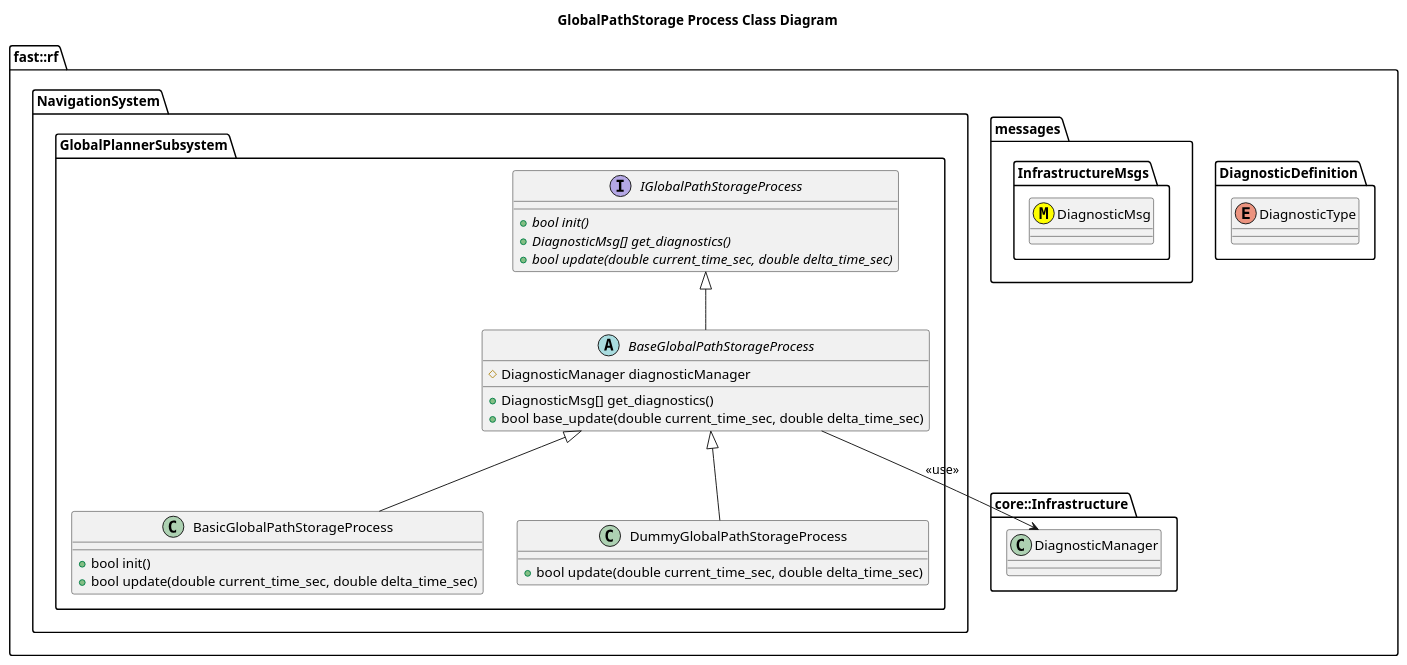
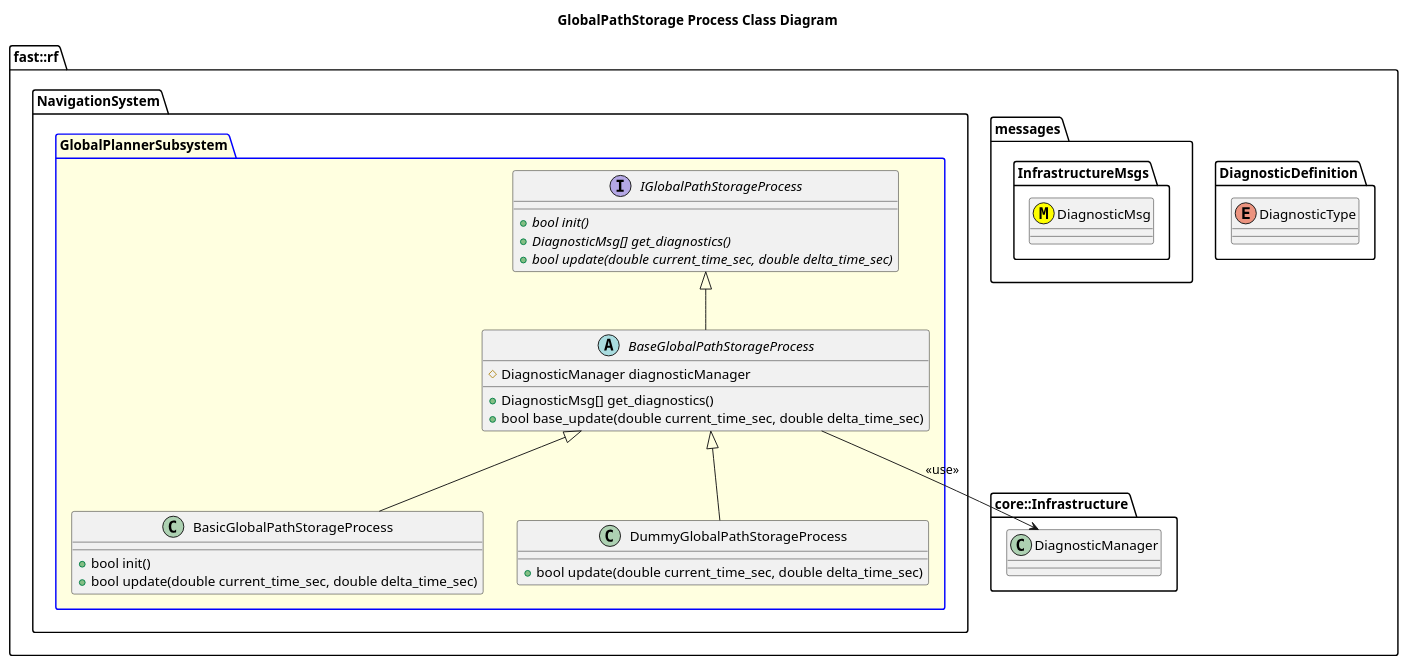
The diagram in Systems/Navigation/Subsystems/GlobalPlanner/Processes/GlobalPathStorage/doc/puml/GlobalPathStorageProcessClassDiagram.puml (fastrobotics/robot_framework), drawn with PlantUML before and after one commit. The commit also changed 64 other files, not shown here.

```diff
--- a/Systems/Navigation/Subsystems/GlobalPlanner/Processes/GlobalPathStorage/doc/puml/GlobalPathStorageProcessClassDiagram.puml
+++ b/Systems/Navigation/Subsystems/GlobalPlanner/Processes/GlobalPathStorage/doc/puml/GlobalPathStorageProcessClassDiagram.puml
@@ -1,43 +1,43 @@
 @startuml
 title GlobalPathStorage Process Class Diagram
 
 namespace fast::rf {
    namespace DiagnosticDefinition {
     enum DiagnosticType
   }
   namespace messages {
     namespace InfrastructureMsgs {
       class DiagnosticMsg <<(M,#FFFF00)>>
     }
   }
   namespace core::Infrastructure {
     class DiagnosticManager
   }
   namespace NavigationSystem {
-    namespace GlobalPlannerSubsystem {
+    package GlobalPlannerSubsystem #LightYellow;line:blue {
         interface IGlobalPathStorageProcess  {
           +{abstract} bool init()
           +{abstract} DiagnosticMsg[] get_diagnostics()
           +{abstract} bool update(double current_time_sec, double delta_time_sec)
         }
         abstract BaseGlobalPathStorageProcess {
           +DiagnosticMsg[] get_diagnostics()
           +bool base_update(double current_time_sec, double delta_time_sec)
           #DiagnosticManager diagnosticManager
 
         }
         BaseGlobalPathStorageProcess -up-|> IGlobalPathStorageProcess
         BaseGlobalPathStorageProcess --> DiagnosticManager: <<use>>
         class BasicGlobalPathStorageProcess {
           +bool init()
           +bool update(double current_time_sec, double delta_time_sec)
         }
         BasicGlobalPathStorageProcess -up-|> BaseGlobalPathStorageProcess
         class DummyGlobalPathStorageProcess {
           +bool update(double current_time_sec, double delta_time_sec)
         }
         DummyGlobalPathStorageProcess -up-|> BaseGlobalPathStorageProcess
     }
   }
 }
 @enduml
```
